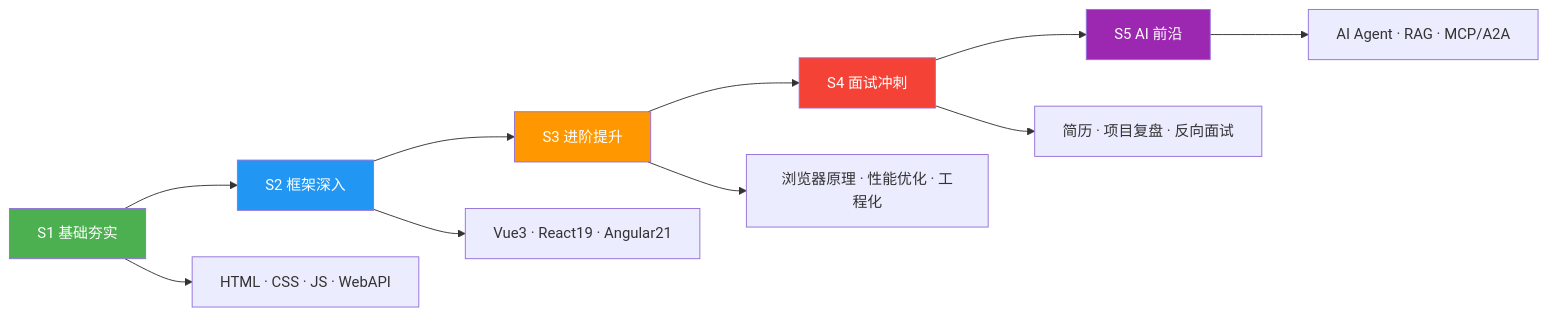
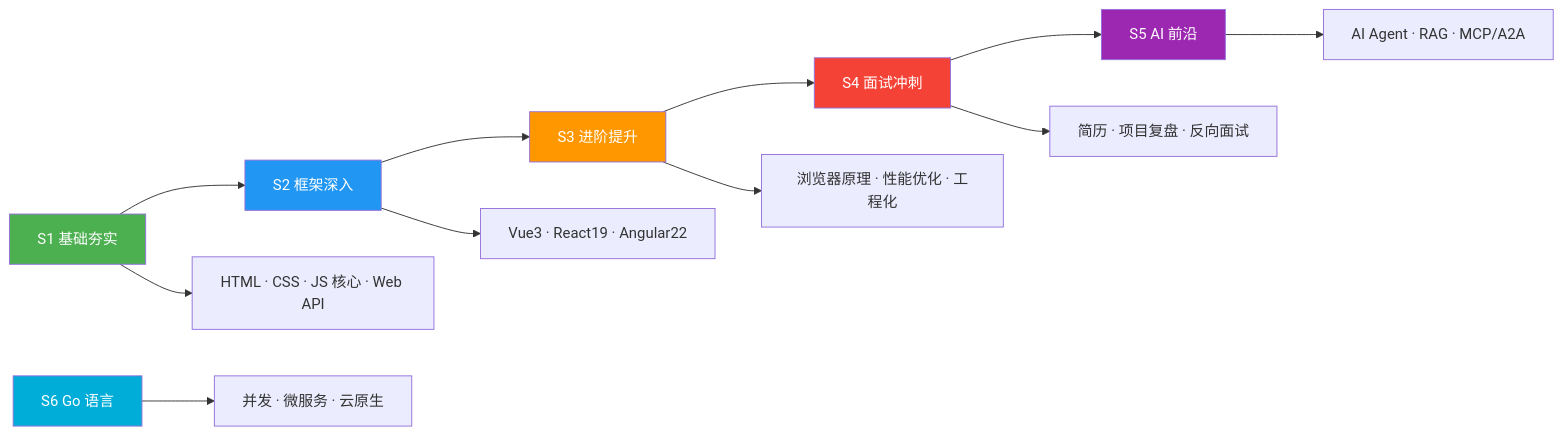
One commit to KMaybe01/interview-demo changed the diagram in apps/interview-docs/wiki.md. Above: the diagram before and after it, drawn with Mermaid. The commit also changed other lines of this file and 2 other files, not shown here.

````diff
--- a/apps/interview-docs/wiki.md
+++ b/apps/interview-docs/wiki.md
@@ -33,17 +47,19 @@
 ```mermaid
 graph LR
     S1["S1 基础夯实"] --> S2["S2 框架深入"]
     S2 --> S3["S3 进阶提升"]
     S3 --> S4["S4 面试冲刺"]
     S4 --> S5["S5 AI 前沿"]
-    S1 --> A["HTML · CSS · JS · WebAPI"]
-    S2 --> B["Vue3 · React19 · Angular21"]
+    S1 --> A["HTML · CSS · JS 核心 · Web API"]
+    S2 --> B["Vue3 · React19 · Angular22"]
     S3 --> C["浏览器原理 · 性能优化 · 工程化"]
     S4 --> D["简历 · 项目复盘 · 反向面试"]
     S5 --> E["AI Agent · RAG · MCP/A2A"]
+    S6["S6 Go 语言"] --> F["并发 · 微服务 · 云原生"]
     style S1 fill:#4caf50,color:#fff
     style S2 fill:#2196f3,color:#fff
     style S3 fill:#ff9800,color:#fff
     style S4 fill:#f44336,color:#fff
     style S5 fill:#9c27b0,color:#fff
+    style S6 fill:#00add8,color:#fff
 ```
````
